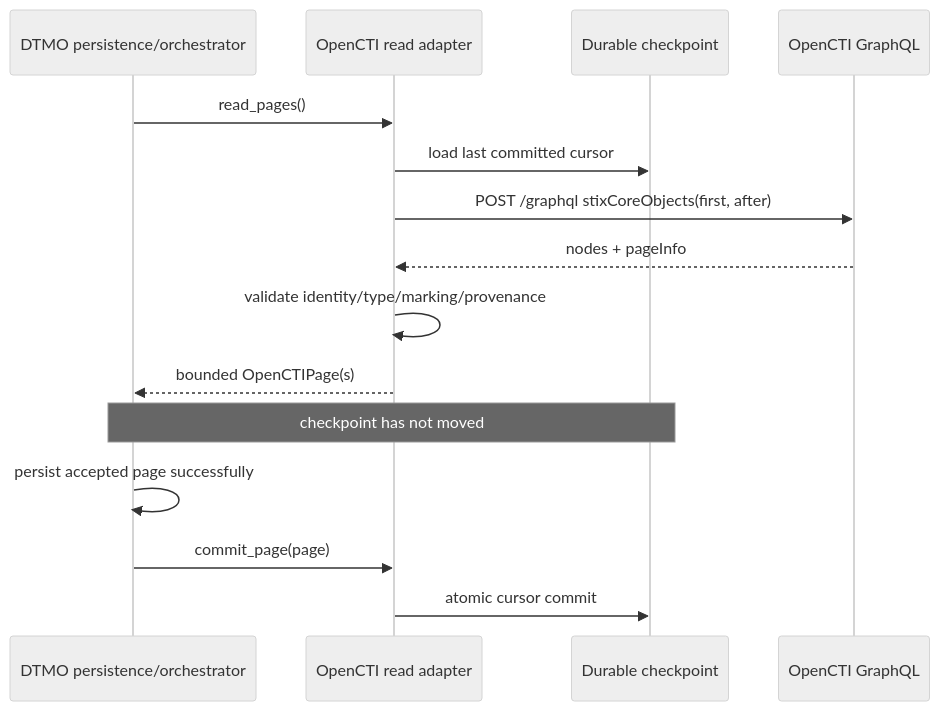
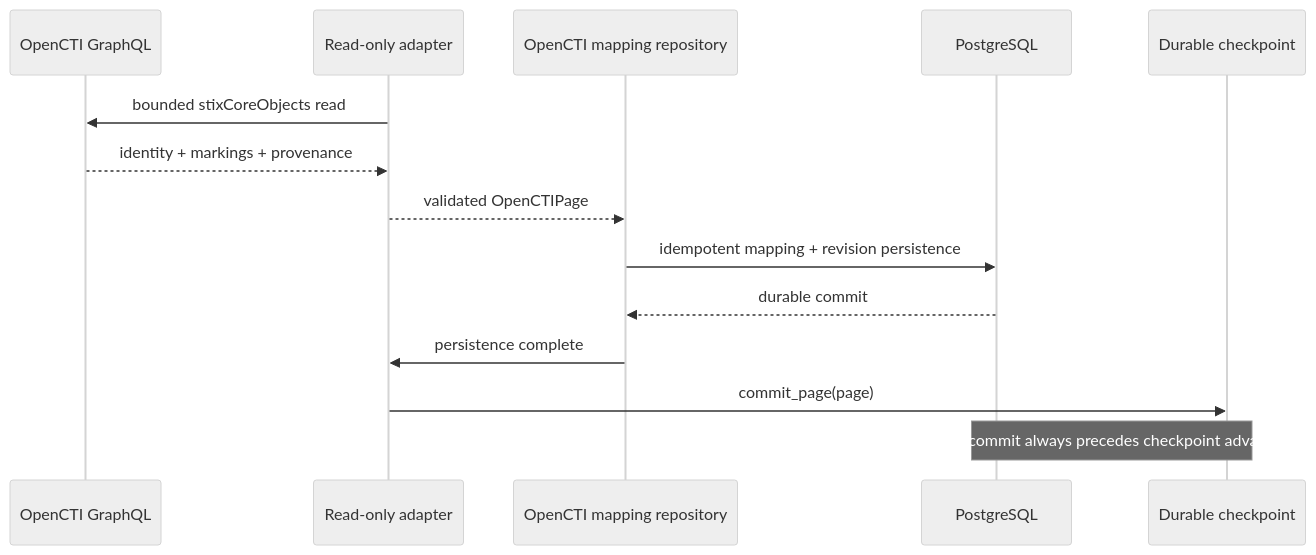
The diagram in docs/integrations/OPENCTI_INTEGRATION.md (GJvManen/dtmo), drawn with Mermaid (neutral theme) before and after one commit. The commit also changed other lines of this file, not shown here.

Commit message:
Phase 11.4: document OpenCTI canonical persistence

````diff
--- a/docs/integrations/OPENCTI_INTEGRATION.md
+++ b/docs/integrations/OPENCTI_INTEGRATION.md
@@ -31,18 +31,17 @@
 ```mermaid
 sequenceDiagram
-    participant P as DTMO persistence/orchestrator
-    participant A as OpenCTI read adapter
+    participant O as OpenCTI GraphQL
+    participant A as Read-only adapter
+    participant P as OpenCTI mapping repository
+    participant D as PostgreSQL
     participant C as Durable checkpoint
-    participant O as OpenCTI GraphQL
 
-    P->>A: read_pages()
-    A->>C: load last committed cursor
-    A->>O: POST /graphql stixCoreObjects(first, after)
-    O-->>A: nodes + pageInfo
-    A->>A: validate identity/type/marking/provenance
-    A-->>P: bounded OpenCTIPage(s)
-    Note over P,C: checkpoint has not moved
-    P->>P: persist accepted page successfully
-    P->>A: commit_page(page)
-    A->>C: atomic cursor commit
+    A->>O: bounded stixCoreObjects read
+    O-->>A: identity + markings + provenance
+    A-->>P: validated OpenCTIPage
+    P->>D: idempotent mapping + revision persistence
+    D-->>P: durable commit
+    P->>A: persistence complete
+    A->>C: commit_page(page)
+    Note over D,C: DB commit always precedes checkpoint advance
 ```
````
